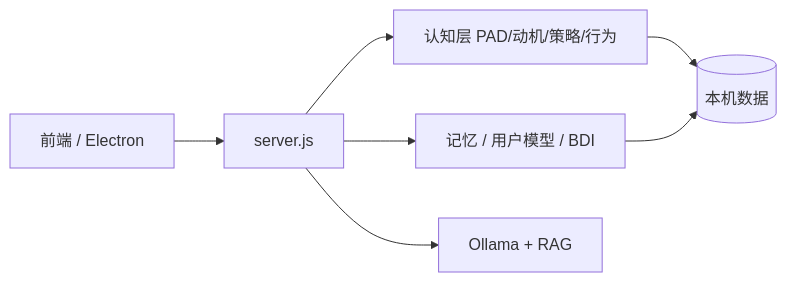
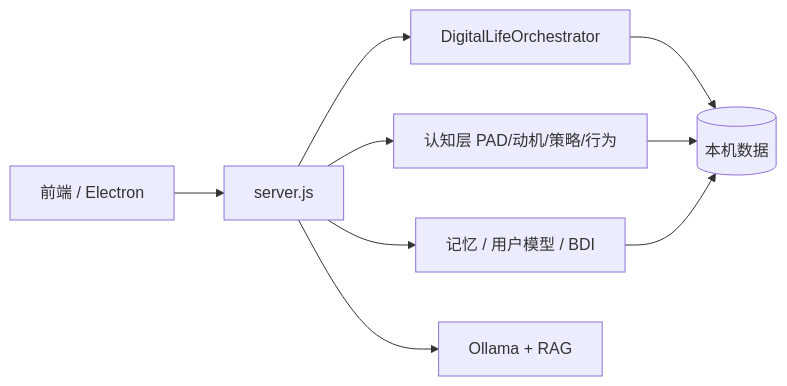
The diagram in README.md (shishoumei829-cyber/makise-kurisu-agent), drawn with Mermaid before and after one commit. The commit also changed other lines of this file and 6 other files, not shown here.

````diff
--- a/README.md
+++ b/README.md
@@ -36,9 +44,11 @@
 ```mermaid
 flowchart LR
   UI[前端 / Electron] --> API[server.js]
+  API --> DL[DigitalLifeOrchestrator]
   API --> COG[认知层 PAD/动机/策略/行为]
   API --> MIND[记忆 / 用户模型 / BDI]
   API --> LLM[Ollama + RAG]
-  COG --> DATA[(本机数据)]
+  DL --> DATA[(本机数据)]
+  COG --> DATA
   MIND --> DATA
 ```
````
